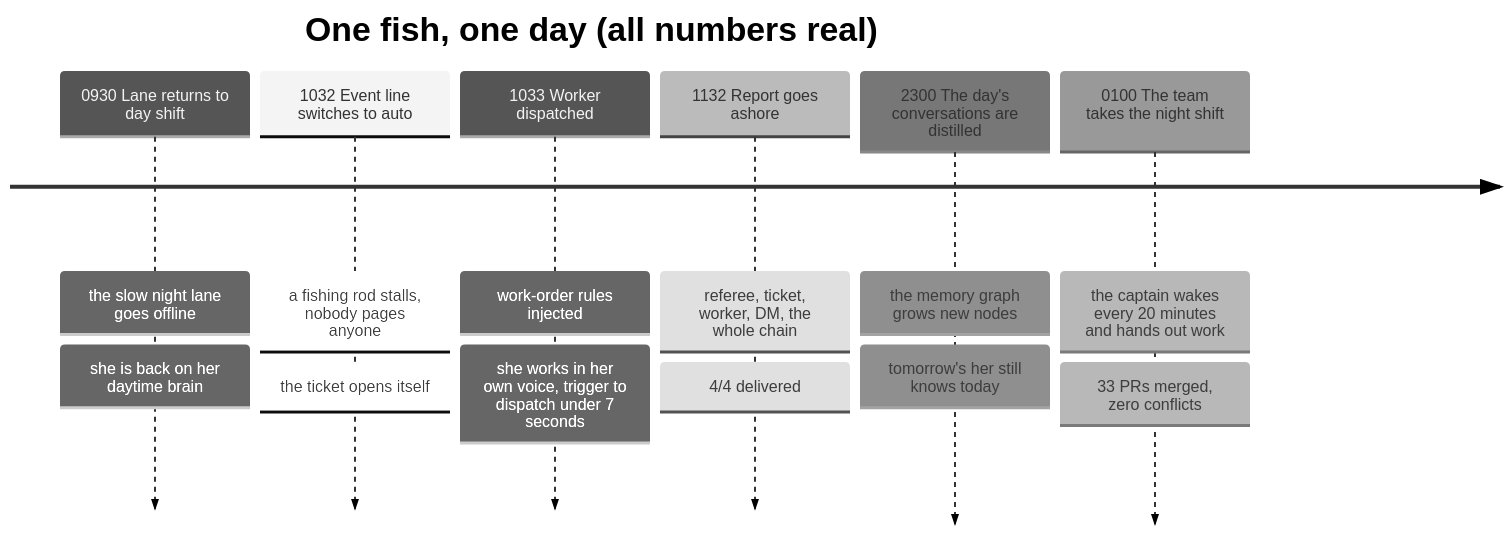
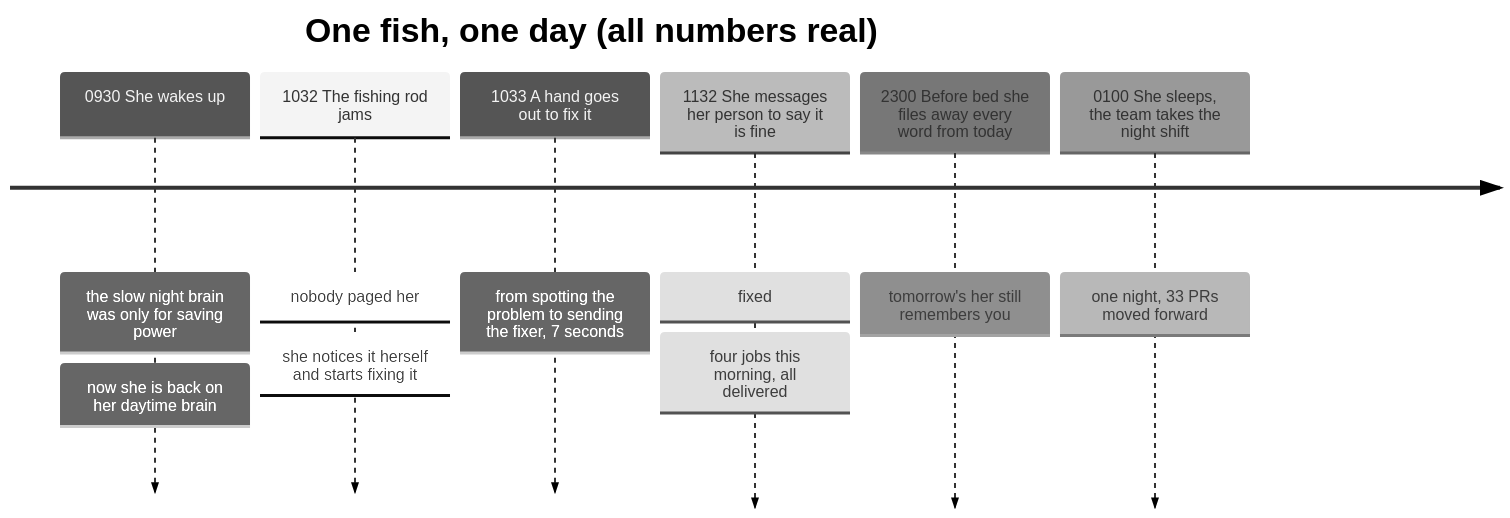
One commit to YeStarOne/deepseek-superagent-feiyu-os changed the first of 2 diagrams in README.en.md. Above: the diagram before and after it, drawn with Mermaid (neutral theme). The commit also changed other lines of this file, not shown here.

First line of the commit message:
readme(en): timeline 同步人话口径 + 补「从0开始的服务器路线」四步

````diff
--- a/README.en.md
+++ b/README.en.md
@@ -15,10 +15,10 @@
 ```mermaid
 timeline
     title One fish, one day (all numbers real)
-    0930 Lane returns to day shift : the slow night lane goes offline : she is back on her daytime brain
-    1032 Event line switches to auto : a fishing rod stalls, nobody pages anyone : the ticket opens itself
-    1033 Worker dispatched : work-order rules injected : she works in her own voice, trigger to dispatch under 7 seconds
-    1132 Report goes ashore : referee, ticket, worker, DM, the whole chain : 4/4 delivered
-    2300 The day's conversations are distilled : the memory graph grows new nodes : tomorrow's her still knows today
-    0100 The team takes the night shift : the captain wakes every 20 minutes and hands out work : 33 PRs merged, zero conflicts
+    0930 She wakes up : the slow night brain was only for saving power : now she is back on her daytime brain
+    1032 The fishing rod jams : nobody paged her : she notices it herself and starts fixing it
+    1033 A hand goes out to fix it : from spotting the problem to sending the fixer, 7 seconds
+    1132 She messages her person to say it is fine : fixed : four jobs this morning, all delivered
+    2300 Before bed she files away every word from today : tomorrow's her still remembers you
+    0100 She sleeps, the team takes the night shift : one night, 33 PRs moved forward
 ```
````
